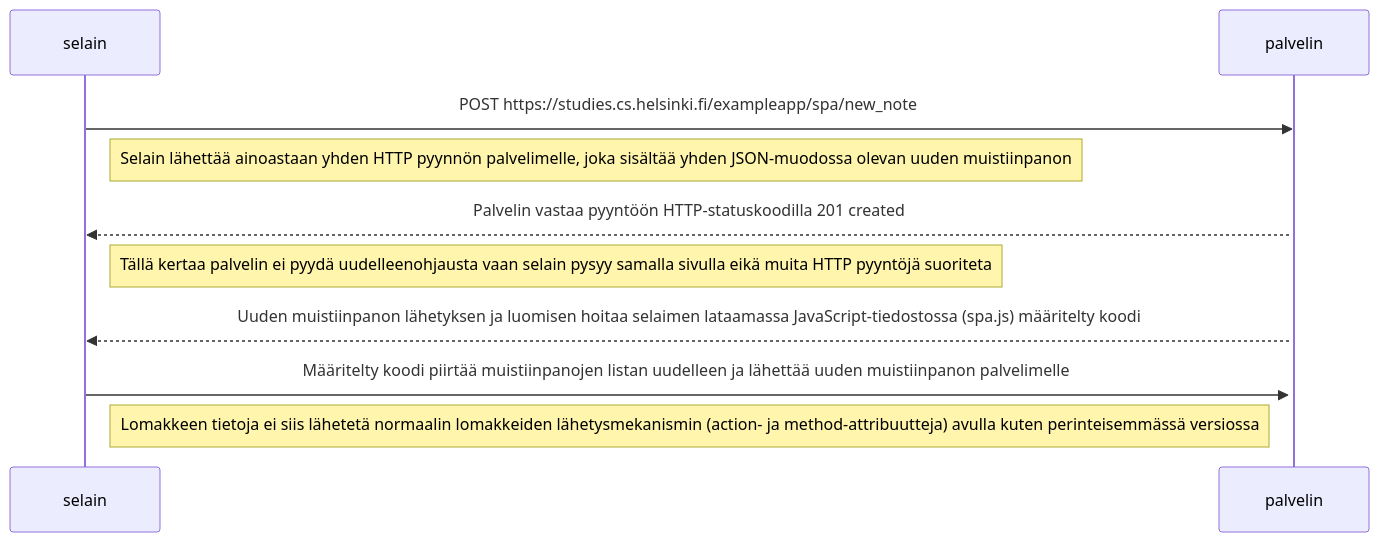
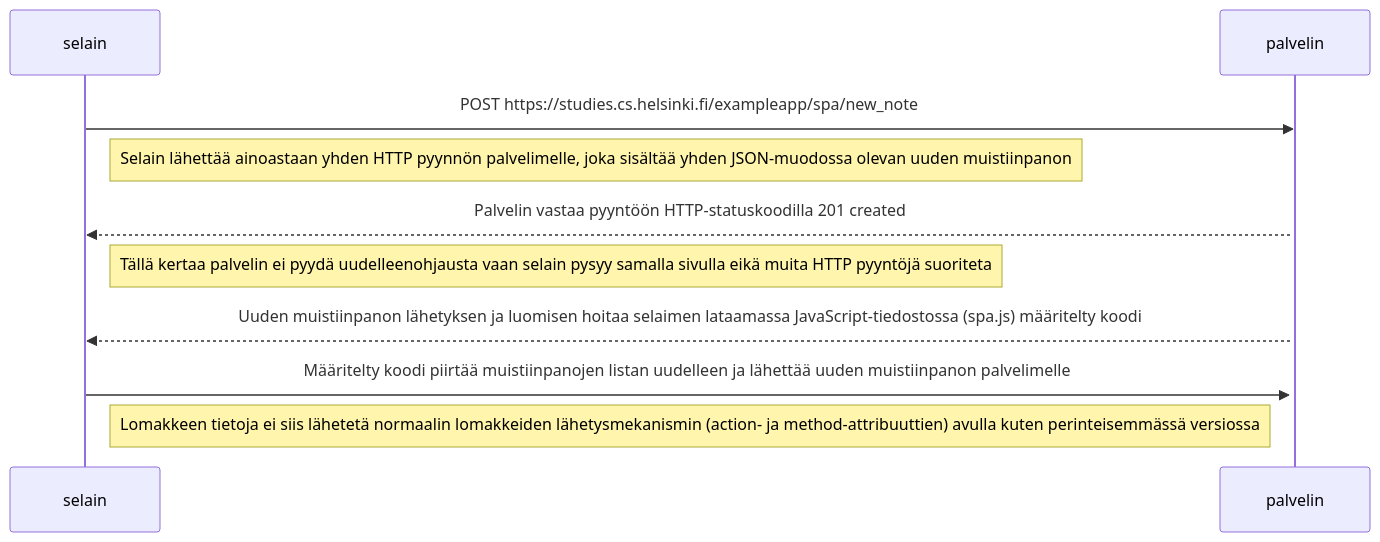
Before and after one commit to superjunnu/fullstackopen: the diagram in osa0/0.6/uusimuistiinpano_spa.md, drawn with Mermaid.

````diff
--- a/osa0/0.6/uusimuistiinpano_spa.md
+++ b/osa0/0.6/uusimuistiinpano_spa.md
@@ -1,22 +1,22 @@
 ```mermaid
 sequenceDiagram
     participant selain
     participant palvelin
     
     selain->>palvelin: POST https://studies.cs.helsinki.fi/exampleapp/spa/new_note
 
 Note right of selain: Selain lähettää ainoastaan yhden HTTP pyynnön palvelimelle, joka sisältää yhden JSON-muodossa olevan uuden muistiinpanon
 
     activate palvelin
     palvelin-->>selain: Palvelin vastaa pyyntöön HTTP-statuskoodilla 201 created
 
 Note right of selain: Tällä kertaa palvelin ei pyydä uudelleenohjausta vaan selain pysyy samalla sivulla eikä muita HTTP pyyntöjä suoriteta
     
  
     palvelin-->>selain: Uuden muistiinpanon lähetyksen ja luomisen hoitaa selaimen lataamassa JavaScript-tiedostossa (spa.js) määritelty koodi
     selain->>palvelin: Määritelty koodi piirtää muistiinpanojen listan uudelleen ja lähettää uuden muistiinpanon palvelimelle
 
-Note right of selain: Lomakkeen tietoja ei siis lähetetä normaalin lomakkeiden lähetysmekanismin (action- ja method-attribuutteja) avulla kuten perinteisemmässä versiossa
+Note right of selain: Lomakkeen tietoja ei siis lähetetä normaalin lomakkeiden lähetysmekanismin (action- ja method-attribuuttien) avulla kuten perinteisemmässä versiossa
 
   
 ```
````
